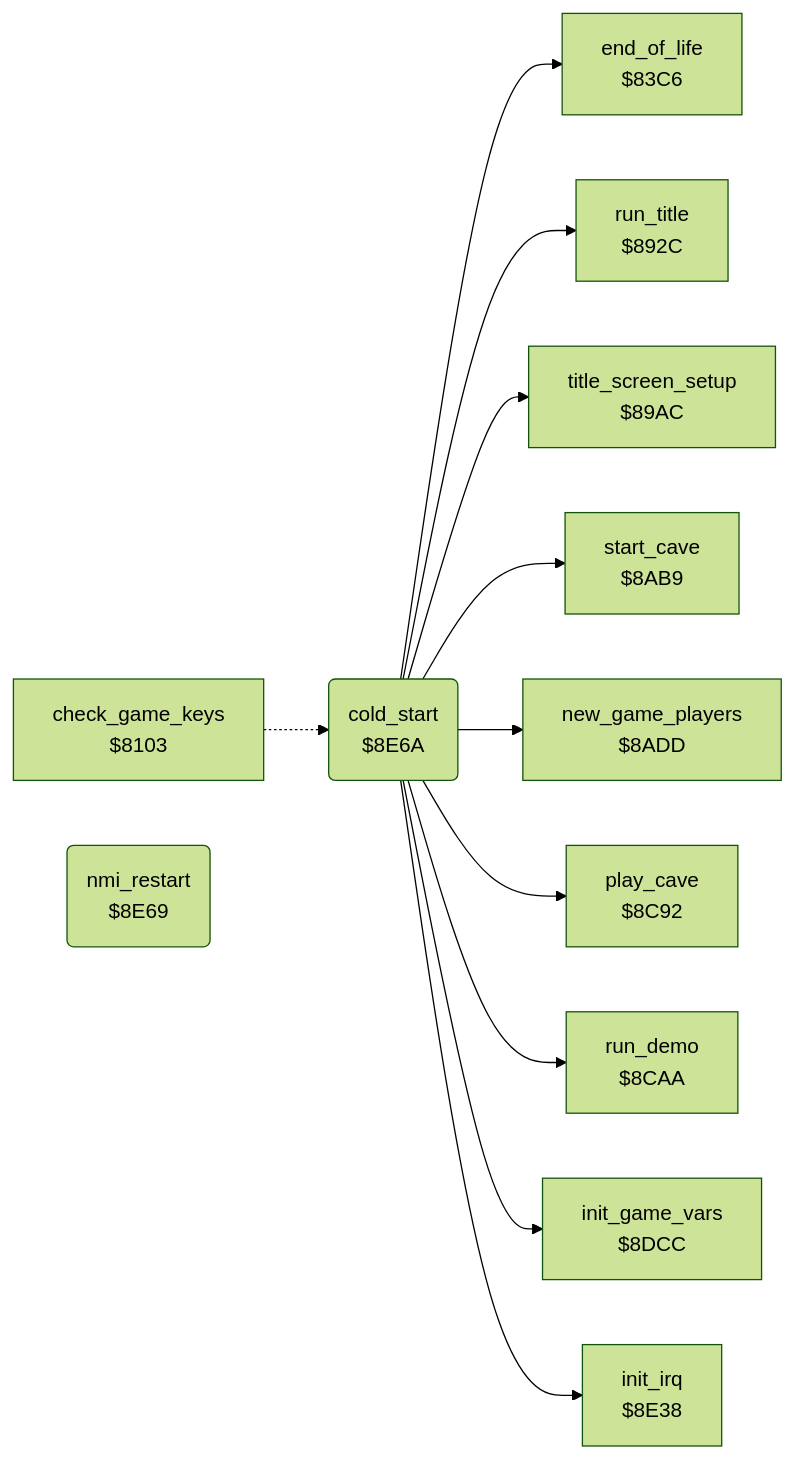
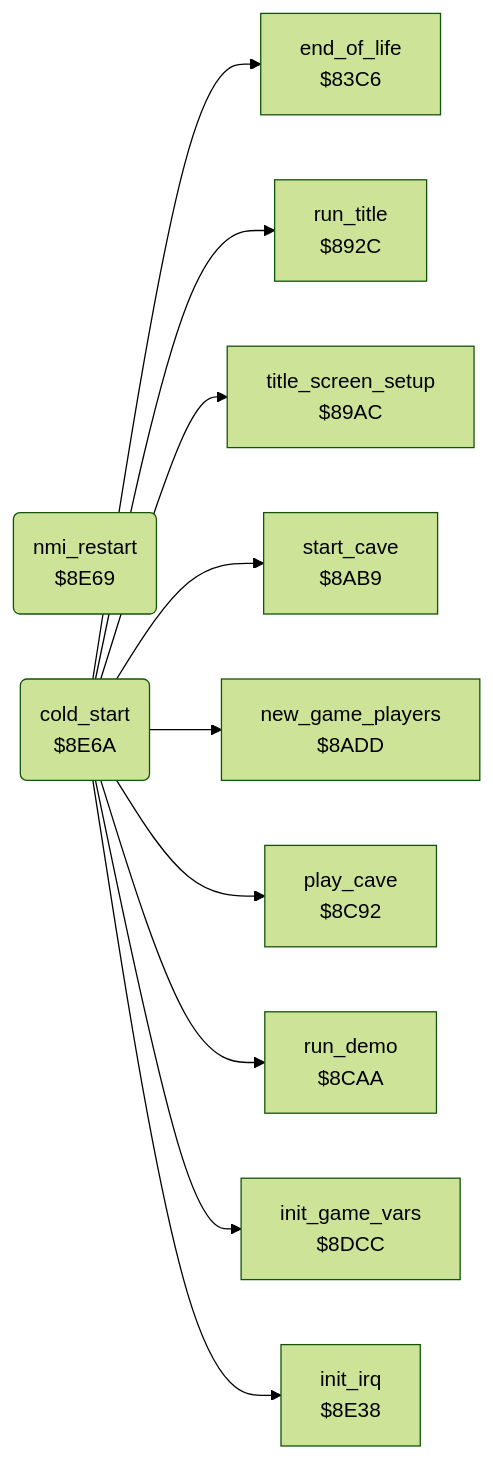
Before and after one commit to henols/c64_games: the diagram in boulder_dash/v2/docs/reference/modules/init/cold_start.md, drawn with Mermaid (forest theme). The commit also changed other lines of this file and 1100 other files, not shown here.

````diff
--- a/boulder_dash/v2/docs/reference/modules/init/cold_start.md
+++ b/boulder_dash/v2/docs/reference/modules/init/cold_start.md
@@ -10,25 +17,23 @@
 ```mermaid
 flowchart LR
-  n8103["check_game_keys<br/>$8103"]
   n83c6["end_of_life<br/>$83C6"]
   n892c["run_title<br/>$892C"]
   n89ac["title_screen_setup<br/>$89AC"]
   n8ab9["start_cave<br/>$8AB9"]
   n8add["new_game_players<br/>$8ADD"]
   n8c92["play_cave<br/>$8C92"]
   n8caa["run_demo<br/>$8CAA"]
   n8dcc["init_game_vars<br/>$8DCC"]
   n8e38["init_irq<br/>$8E38"]
   n8e69("nmi_restart<br/>$8E69")
   n8e6a("cold_start<br/>$8E6A")
-  n8103 -.-> n8e6a
   n8e6a --> n83c6
   n8e6a --> n892c
   n8e6a --> n89ac
   n8e6a --> n8ab9
   n8e6a --> n8add
   n8e6a --> n8c92
   n8e6a --> n8caa
   n8e6a --> n8dcc
   n8e6a --> n8e38
 ```
````
